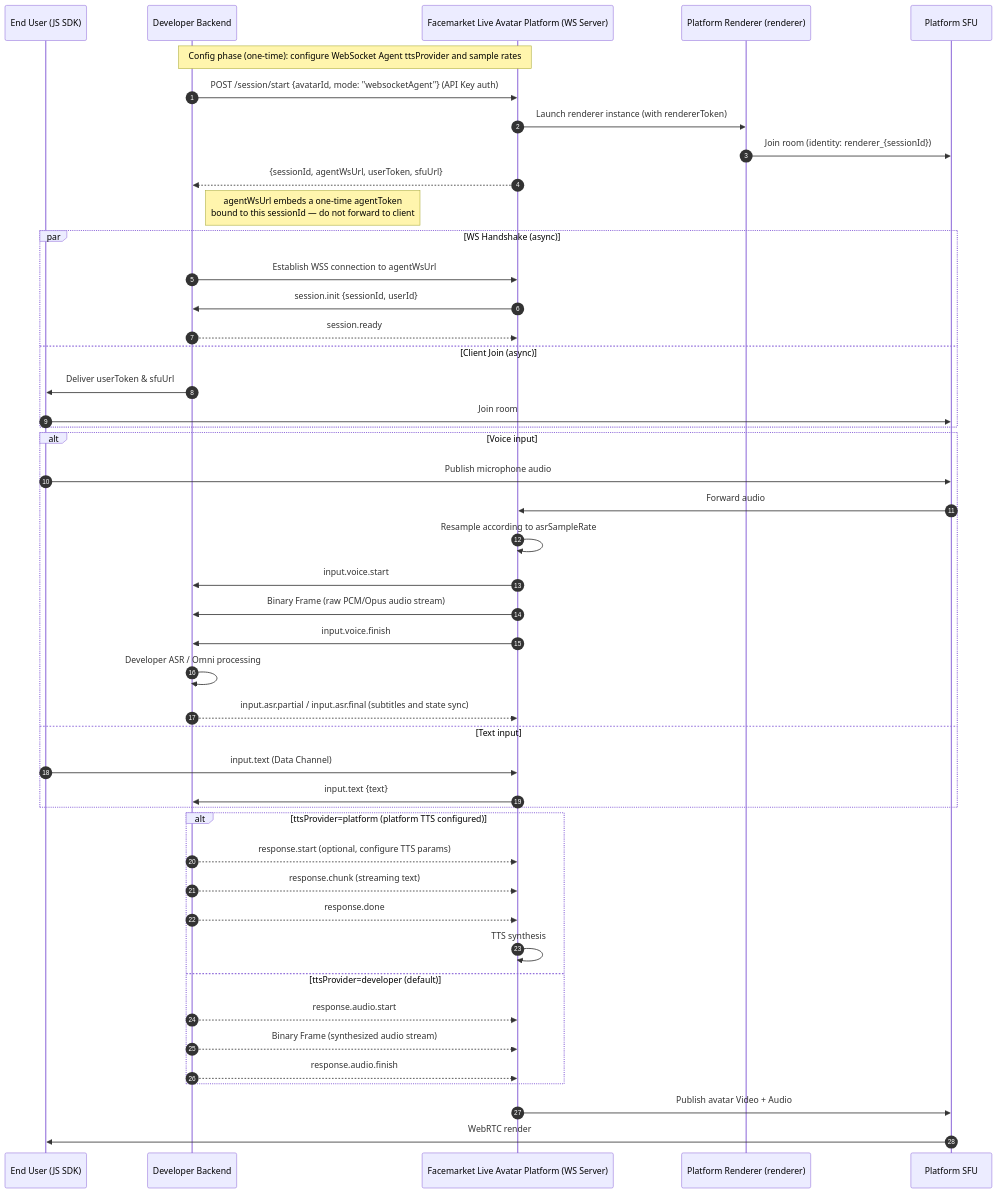
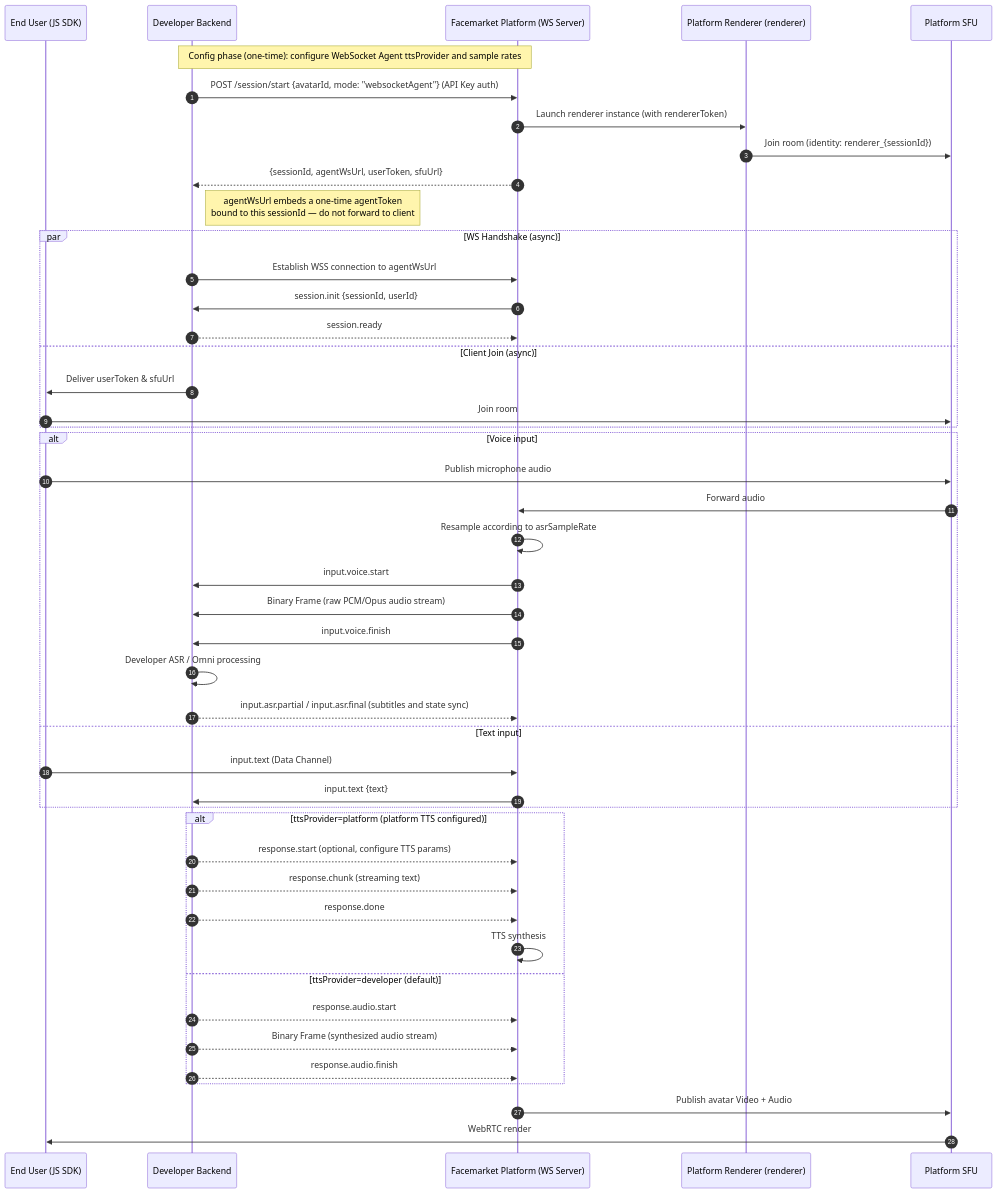
Before and after one commit to newportAI-lab/liveavatar-integration-guide: the first of 3 diagrams in Live Avatar Integration Guide.md, drawn with Mermaid. The commit also changed other lines of this file and 7 other files, not shown here.

````diff
--- a/Live Avatar Integration Guide.md
+++ b/Live Avatar Integration Guide.md
@@ -320,54 +320,54 @@
 ```mermaid
 sequenceDiagram
     autonumber
     participant Client as End User (JS SDK)
     participant Backend as Developer Backend
-    participant Platform as Facemarket Live Avatar Platform (WS Server)
+    participant Platform as Facemarket Platform (WS Server)
     participant Renderer as Platform Renderer (renderer)
     participant SFU as Platform SFU
 
     Note over Backend, Platform: Config phase (one-time): configure WebSocket Agent ttsProvider and sample rates
 
     Backend->>Platform: POST /session/start {avatarId, mode: "websocketAgent"} (API Key auth)
     Platform->>Renderer: Launch renderer instance (with rendererToken)
     Renderer->>SFU: Join room (identity: renderer_{sessionId})
     Platform-->>Backend: {sessionId, agentWsUrl, userToken, sfuUrl}
     Note right of Backend: agentWsUrl embeds a one-time agentToken<br/>bound to this sessionId — do not forward to client
 
     par WS Handshake (async)
         Backend->>Platform: Establish WSS connection to agentWsUrl
         Platform->>Backend: session.init {sessionId, userId}
         Backend-->>Platform: session.ready
     and Client Join (async)
         Backend->>Client: Deliver userToken & sfuUrl
         Client->>SFU: Join room
     end
 
     alt Voice input
         Client->>SFU: Publish microphone audio
         SFU->>Platform: Forward audio
         Platform->>Platform: Resample according to asrSampleRate
         Platform->>Backend: input.voice.start
         Platform->>Backend: Binary Frame (raw PCM/Opus audio stream)
         Platform->>Backend: input.voice.finish
         Backend->>Backend: Developer ASR / Omni processing
         Backend-->>Platform: input.asr.partial / input.asr.final (subtitles and state sync)
     else Text input
         Client->>Platform: input.text (Data Channel)
         Platform->>Backend: input.text {text}
     end
 
     alt ttsProvider=platform (platform TTS configured)
         Backend-->>Platform: response.start (optional, configure TTS params)
         Backend-->>Platform: response.chunk (streaming text)
         Backend-->>Platform: response.done
         Platform->>Platform: TTS synthesis
     else ttsProvider=developer (default)
         Backend-->>Platform: response.audio.start
         Backend-->>Platform: Binary Frame (synthesized audio stream)
         Backend-->>Platform: response.audio.finish
     end
 
     Platform->>SFU: Publish avatar Video + Audio
     SFU->>Client: WebRTC render
 ```
````
